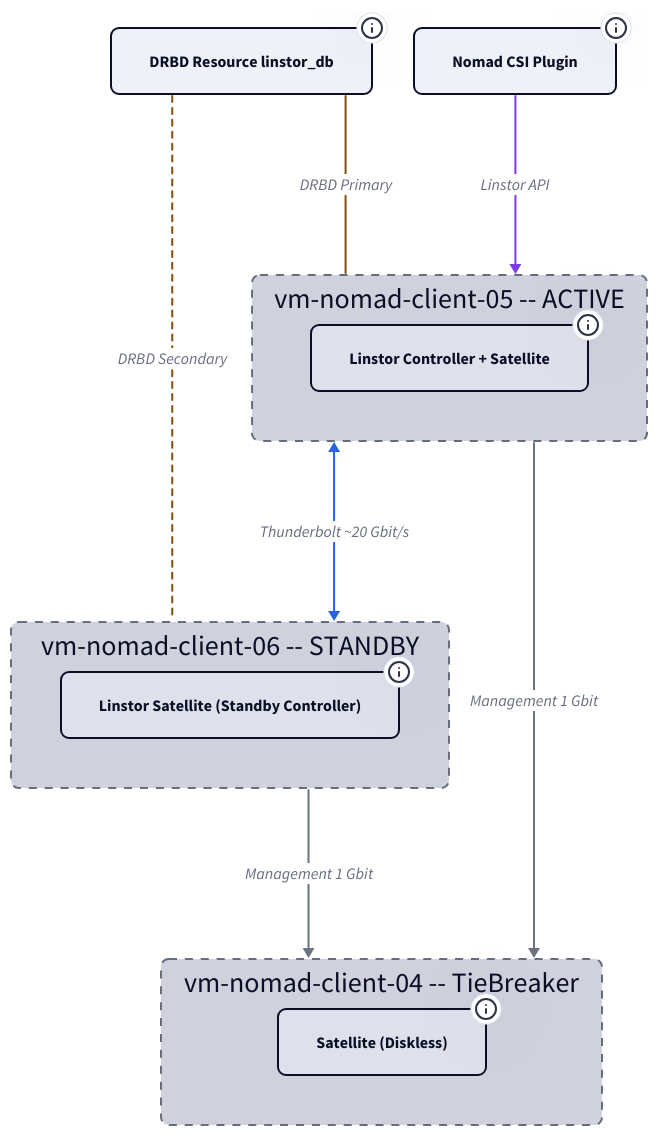
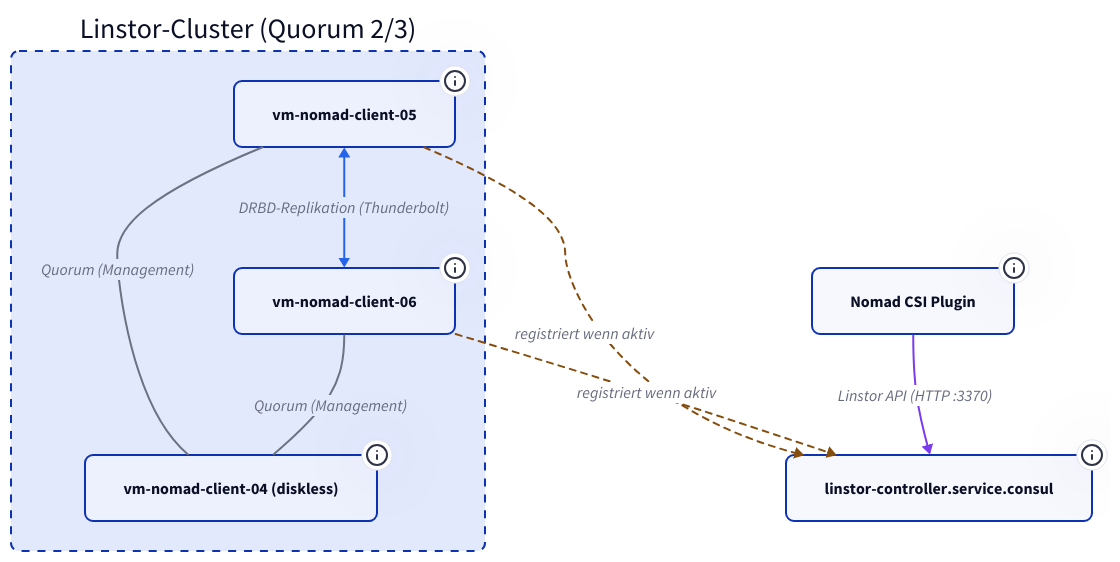
Before and after one commit to derever-labs/homelab-wiki: the diagram in docs/linstor-storage/index.md, drawn with D2. The commit also changed 9 other files, not shown here.

First line of the commit message:
docs(infrastruktur): Diagramme fuer TALA ueberarbeiten (Batch B2) (#100)

````diff
--- a/docs/linstor-storage/index.md
+++ b/docs/linstor-storage/index.md
@@ -39,78 +39,61 @@
 ```d2
-vars: {
-  d2-config: {
-    theme-id: 1
-    layout-engine: elk
-  }
-}
-
 classes: {
   node: { style: { border-radius: 8 } }
   container: { style: { border-radius: 8; stroke-dash: 4 } }
 }
 
-direction: down
-
-DB: DRBD Resource linstor_db {
-  class: node
-  tooltip: "Quorum 2/3 | H2 Datenbank für Linstor Controller State"
-}
-
-C05: vm-nomad-client-05 -- ACTIVE {
+linstor: Linstor-Cluster (Quorum 2/3) {
   class: container
 
-  C05a: Linstor Controller + Satellite {
+  c05: vm-nomad-client-05 {
     class: node
-    tooltip: "10.0.2.125 | TB: 10.99.1.105 | 200 GB ZFS, drbd-reactor managed"
+    tooltip: "10.0.2.125, TB 10.99.1.105 -- Satellite + Controller-Kandidat, drbd-reactor managed"
+  }
+  c06: vm-nomad-client-06 {
+    class: node
+    tooltip: "10.0.2.126, TB 10.99.1.106 -- Satellite + Controller-Kandidat, drbd-reactor managed"
+  }
+  c04: vm-nomad-client-04 (diskless) {
+    class: node
+    tooltip: "10.0.2.124 -- Satellite ohne Storage, nur Quorum-Witness"
+  }
+
+  c05 <-> c06: DRBD-Replikation (Thunderbolt) {
+    style.stroke: "#2563eb"
+    tooltip: "10.99.1.0/24, ~20 Gbit/s -- alle Volumes inkl. linstor_db (H2-Controller-DB)"
+  }
+  c05 -- c04: Quorum (Management) {
+    style.stroke: "#6b7280"
+    tooltip: "10.0.2.0/24, 1 Gbit -- node-connection path management-path"
+  }
+  c06 -- c04: Quorum (Management) {
+    style.stroke: "#6b7280"
+    tooltip: "10.0.2.0/24, 1 Gbit -- node-connection path management-path"
   }
 }
 
-C06: vm-nomad-client-06 -- STANDBY {
-  class: container
-
-  C06a: Linstor Satellite (Standby Controller) {
-    class: node
-    tooltip: "10.0.2.126 | TB: 10.99.1.106 | 200 GB ZFS, drbd-reactor übernimmt bei Failover"
-  }
+svc: linstor-controller.service.consul {
+  class: node
+  tooltip: "Consul-Service mit DNS-TTL 0 -- zeigt immer auf den aktiven Controller"
 }
 
-C04: vm-nomad-client-04 -- TieBreaker {
-  class: container
-
-  C04a: Satellite (Diskless) {
-    class: node
-    tooltip: "10.0.2.124 | Kein Storage, nur Quorum-Witness"
-  }
+csi: Nomad CSI Plugin {
+  class: node
+  tooltip: "linstor.csi.linbit.com, privileged -- system/linstor-csi.nomad"
 }
 
-CSI: Nomad CSI Plugin {
-  class: node
-  tooltip: "linstor.csi.linbit.com | Endpoint: linstor-controller.service.consul:3370"
-}
-
-DB -- C05: DRBD Primary {
-  style.stroke: "#854d0e"
-  tooltip: "Aktive H2 DB auf dem Controller-Node"
-}
-DB -- C06: DRBD Secondary {
+linstor.c05 -> svc: registriert wenn aktiv {
   style.stroke: "#854d0e"
   style.stroke-dash: 3
-  tooltip: "Synchrone Replikation der H2 DB"
+  tooltip: "drbd-reactor promotet den DRBD-Primary, startet Controller + Consul-Registrierung"
 }
-C05 <-> C06: Thunderbolt ~20 Gbit/s {
-  style.stroke: "#2563eb"
-  tooltip: "10.99.1.0/24 | DRBD-Replikation aller Volumes"
+linstor.c06 -> svc: registriert wenn aktiv {
+  style.stroke: "#854d0e"
+  style.stroke-dash: 3
+  tooltip: "drbd-reactor promotet den DRBD-Primary, startet Controller + Consul-Registrierung"
 }
-C05 -> C04: Management 1 Gbit {
-  style.stroke: "#6b7280"
-  tooltip: "10.0.2.0/24 | Control Plane, Quorum"
-}
-C06 -> C04: Management 1 Gbit {
-  style.stroke: "#6b7280"
-  tooltip: "10.0.2.0/24 | Control Plane, Quorum"
-}
-CSI -> C05: Linstor API {
+csi -> svc: Linstor API (HTTP :3370) {
   style.stroke: "#7c3aed"
-  tooltip: "HTTP :3370 via Consul Service Discovery"
+  tooltip: "Endpoint via Consul Service Discovery -- Failover ohne CSI-Anpassung"
 }
 ```
````
